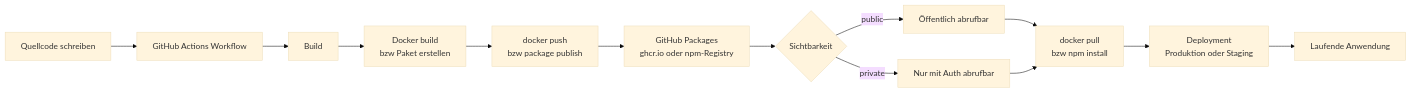
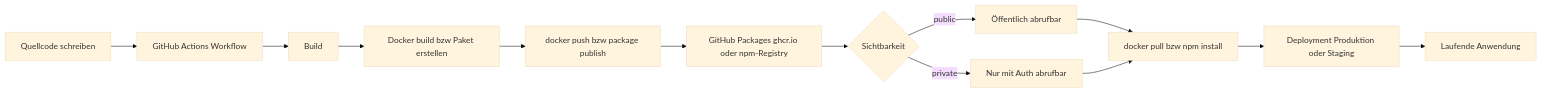
Before and after one commit to SoniiiT/notes-n-docs: the diagram in Microsoft 365/GitHub/GitHub Packages.md, drawn with Mermaid (base theme). The commit also changed 124 other files, not shown here.

First line of the commit message:
fix: Entferne \n aus allen Mermaid-Diagrammen (125 Dateien)

````diff
--- a/Microsoft 365/GitHub/GitHub Packages.md
+++ b/Microsoft 365/GitHub/GitHub Packages.md
@@ -45,15 +45,15 @@
 ```mermaid
 flowchart LR
     A[Quellcode schreiben] --> B[GitHub Actions Workflow]
     B --> C[Build]
-    C --> D[Docker build\nbzw Paket erstellen]
-    D --> E[docker push\nbzw package publish]
-    E --> F[GitHub Packages\nghcr.io oder npm-Registry]
+    C --> D[Docker build bzw Paket erstellen]
+    D --> E[docker push bzw package publish]
+    E --> F[GitHub Packages ghcr.io oder npm-Registry]
     F --> G{Sichtbarkeit}
     G -->|public| H[Öffentlich abrufbar]
     G -->|private| I[Nur mit Auth abrufbar]
-    H --> J[docker pull\nbzw npm install]
+    H --> J[docker pull bzw npm install]
     I --> J
-    J --> K[Deployment\nProduktion oder Staging]
+    J --> K[Deployment Produktion oder Staging]
     K --> L[Laufende Anwendung]
 ```
````
